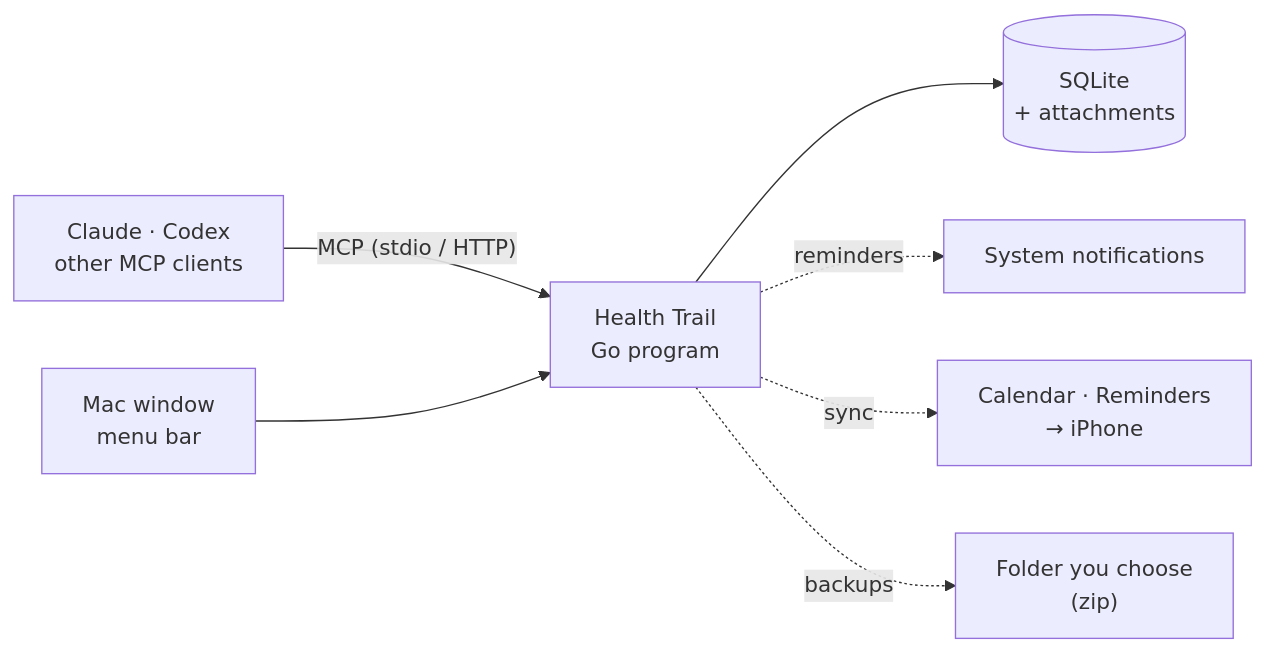
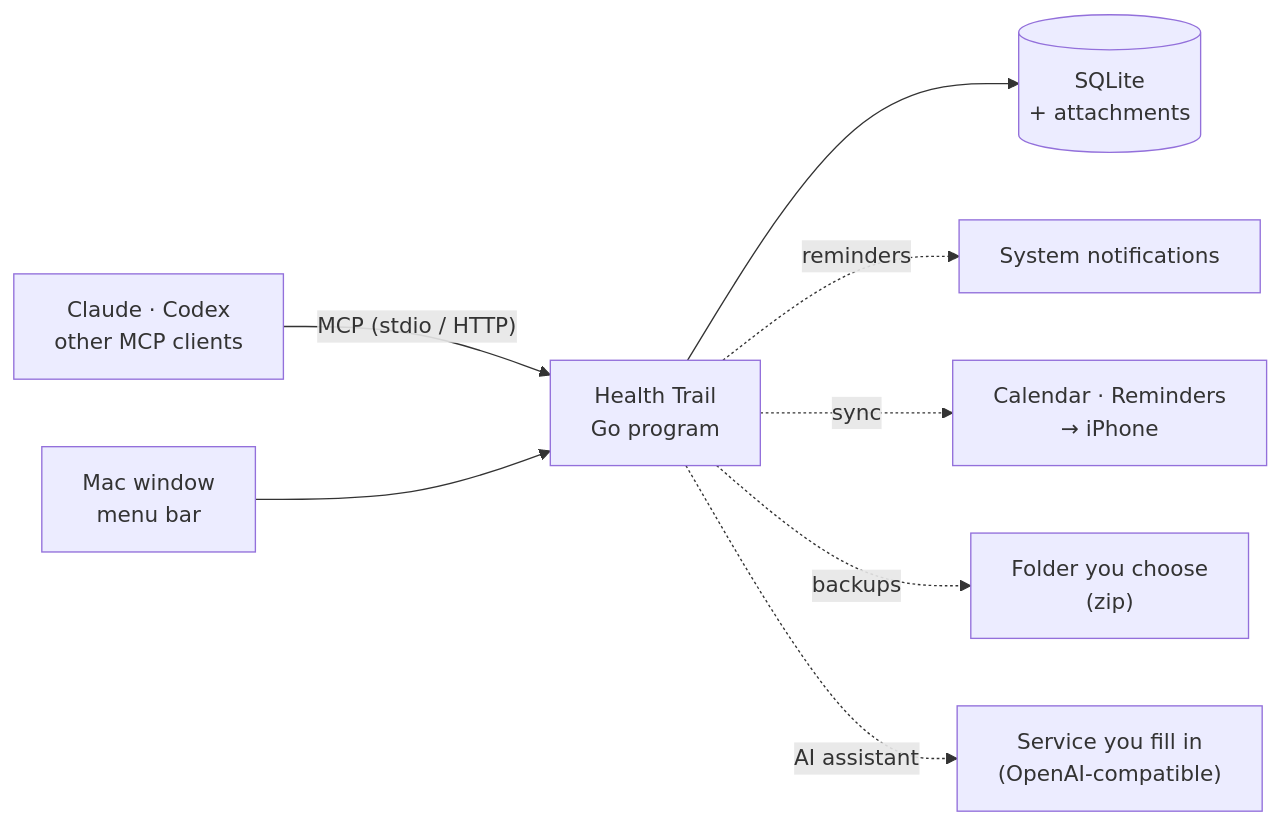
One commit to chunbin1/health-trail changed the diagram in README.en.md. Above: the diagram before and after it, drawn with Mermaid. The commit also changed other lines of this file and 11 other files, not shown here.

First line of the commit message:
README：顶部放介绍视频，写清 App 里的 AI助手，截图换成现在的界面

````diff
--- a/README.en.md
+++ b/README.en.md
@@ -185,9 +225,10 @@
 ```mermaid
 flowchart LR
   ai["Claude · Codex<br>other MCP clients"] -- "MCP (stdio / HTTP)" --> app
   win["Mac window<br>menu bar"] --> app
   app["Health Trail<br>Go program"] --> db[("SQLite<br>+ attachments")]
   app -. reminders .-> notify["System notifications"]
   app -. sync .-> ios["Calendar · Reminders<br>→ iPhone"]
   app -. backups .-> backup["Folder you choose<br>(zip)"]
+  app -. AI assistant .-> api["Service you fill in<br>(OpenAI-compatible)"]
 ```
````
